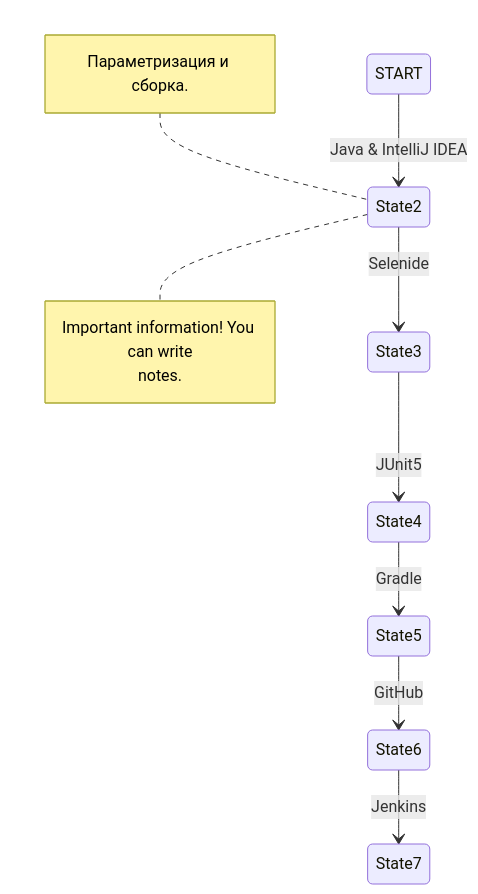
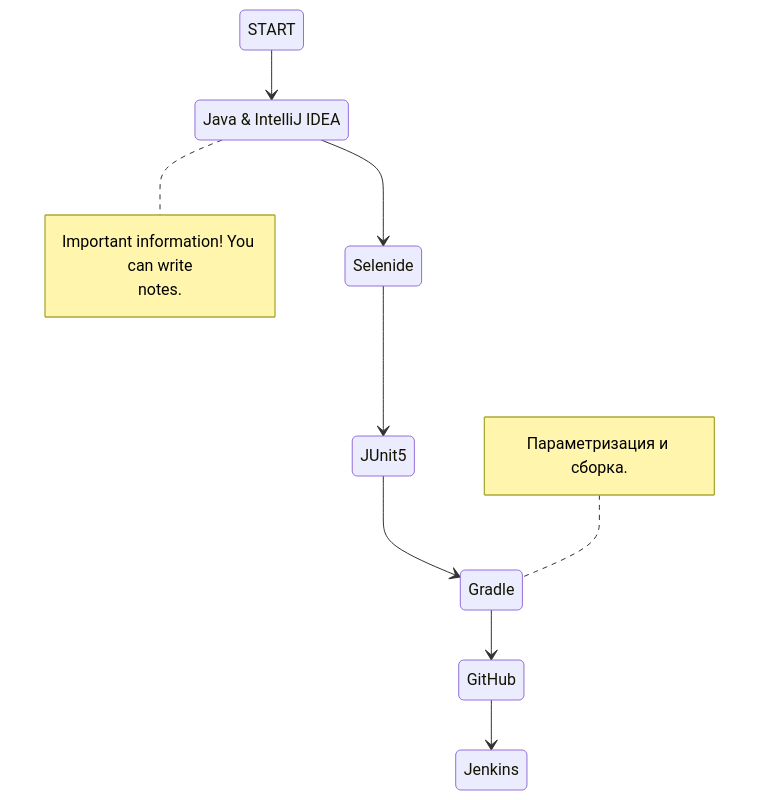
The diagram in README.md (SergeevSergeiS/Wildberries), drawn with Mermaid before and after one commit.

Commit message:
README.md created

````diff
--- a/README.md
+++ b/README.md
@@ -1,16 +1,21 @@
 ```mermaid        
     stateDiagram-v2
         State1: START
-        
-        State1 --> State2: Java & IntelliJ IDEA
-        State2 --> State3: Selenide
-        State3 --> State4: JUnit5
-        State4 --> State5: Gradle
-        State5 --> State6: GitHub
-        State6 --> State7: Jenkins
+        State2: Java & IntelliJ IDEA
+        State3: Selenide
+        State4: JUnit5
+        State5: Gradle
+        State6: GitHub
+        State7: Jenkins
+        State1 --> State2
+        State2 --> State3
+        State3 --> State4
+        State4 --> State5
+        State5 --> State6
+        State6 --> State7
         note right of State2
             Important information! You can write
             notes.
         end note
-        note left of State2 : Параметризация и сборка.
+        note left of State5 : Параметризация и сборка.
 ```
````
